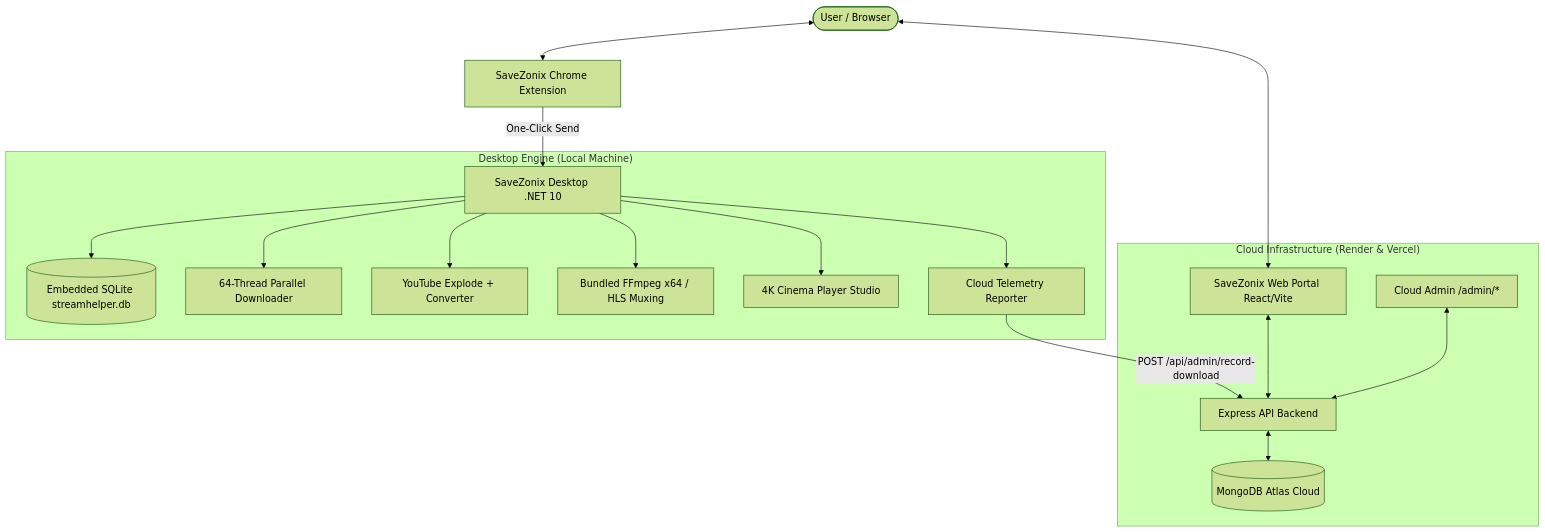
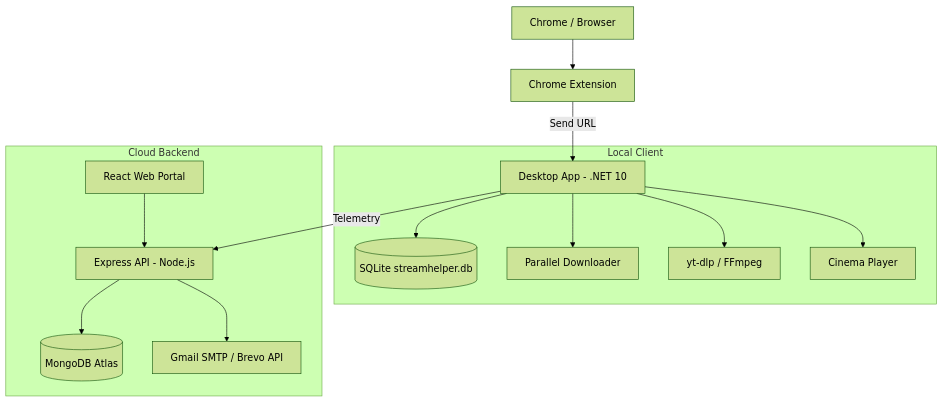
One commit to zaid154/SaveZonix changed the diagram in README.md. Above: the diagram before and after it, drawn with Mermaid (forest theme). The commit also changed other lines of this file, not shown here.

````diff
--- a/README.md
+++ b/README.md
@@ -62,22 +20,19 @@
 ```mermaid
 graph TD
-    User([User / Browser]) <--> Ext[SaveZonix Chrome Extension]
-    User <--> WebPortal[SaveZonix Web Portal React/Vite]
-    Ext -->|One-Click Send| DesktopApp[SaveZonix Desktop .NET 10]
+    Browser[Chrome / Browser] --> Ext[Chrome Extension]
+    Ext -->|Send URL| App[Desktop App - .NET 10]
     
-    subgraph "Desktop Engine (Local Machine)"
-        DesktopApp --> LocalDB[(Embedded SQLite streamhelper.db)]
-        DesktopApp --> Engine[64-Thread Parallel Downloader]
-        DesktopApp --> YTEngine[YouTube Explode + Converter]
-        DesktopApp --> FFmpeg[Bundled FFmpeg x64 / HLS Muxing]
-        DesktopApp --> Cinema[4K Cinema Player Studio]
-        DesktopApp --> Sync[Cloud Telemetry Reporter]
+    subgraph "Local Client"
+        App --> SQLite[(SQLite streamhelper.db)]
+        App --> Downloader[Parallel Downloader]
+        App --> YtDlp[yt-dlp / FFmpeg]
+        App --> Player[Cinema Player]
     end
 
-    subgraph "Cloud Infrastructure (Render & Vercel)"
-        WebPortal <--> CloudAPI[Express API Backend]
-        Sync -->|POST /api/admin/record-download| CloudAPI
-        CloudAPI <--> Mongo[(MongoDB Atlas Cloud)]
-        Admin[Cloud Admin /admin/*] <--> CloudAPI
+    subgraph "Cloud Backend"
+        App -->|Telemetry| API[Express API - Node.js]
+        Web[React Web Portal] --> API
+        API --> MongoDB[(MongoDB Atlas)]
+        API --> Email[Gmail SMTP / Brevo API]
     end
 ```
````
